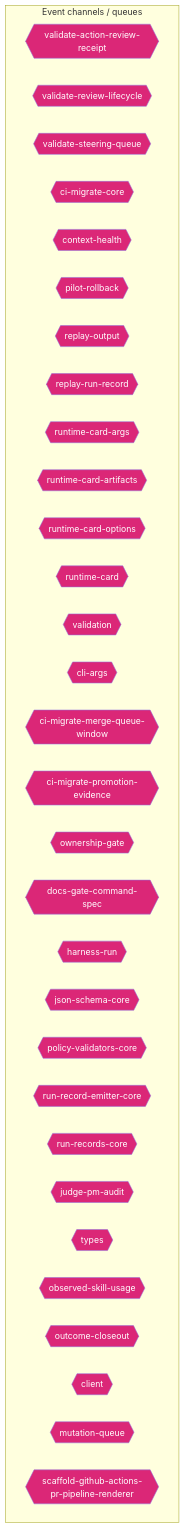
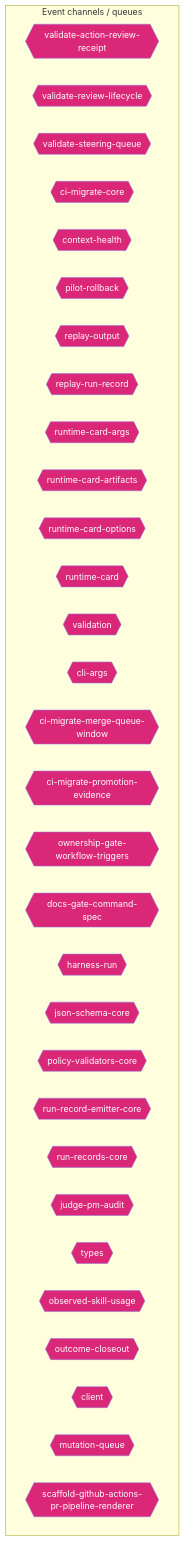
The ninth of 14 diagrams in AI/context/diagram-context.md (jscraik/coding-harness), drawn with Mermaid before and after one commit. The commit also changed other lines of this file and 34 other files, not shown here.

````diff
--- a/AI/context/diagram-context.md
+++ b/AI/context/diagram-context.md
@@ -1733,38 +1725,38 @@
 ```mermaid
 flowchart TD
   subgraph Channels["Event channels / queues"]
     validate_action_review_receipt_fa2f06c3{{"validate-action-review-receipt"}}
     validate_review_lifecycle_0b410d1e{{"validate-review-lifecycle"}}
     validate_steering_queue_4bc0cc94{{"validate-steering-queue"}}
     ci_migrate_core_7005b5af{{"ci-migrate-core"}}
     context_health_80bb7da9{{"context-health"}}
     pilot_rollback_00c1f82c{{"pilot-rollback"}}
     replay_output_993eda9e{{"replay-output"}}
     replay_run_record_9a08cce2{{"replay-run-record"}}
     runtime_card_args_2b3d4b28{{"runtime-card-args"}}
     runtime_card_artifacts_143b799c{{"runtime-card-artifacts"}}
     runtime_card_options_c9156ad5{{"runtime-card-options"}}
     runtime_card_e06b53e1{{"runtime-card"}}
     validation_98c41dcd{{"validation"}}
     cli_args_1_6144b055{{"cli-args"}}
     ci_migrate_merge_queue_window_0070bd6d{{"ci-migrate-merge-queue-window"}}
     ci_migrate_promotion_evidence_1a2dc527{{"ci-migrate-promotion-evidence"}}
-    ownership_gate_2e194d13{{"ownership-gate"}}
+    ownership_gate_workflow_triggers_b60d2eab{{"ownership-gate-workflow-triggers"}}
     docs_gate_command_spec_16795187{{"docs-gate-command-spec"}}
     harness_run_c0761792{{"harness-run"}}
     json_schema_core_96d7e328{{"json-schema-core"}}
     policy_validators_core_714a3fe7{{"policy-validators-core"}}
     run_record_emitter_core_688049d5{{"run-record-emitter-core"}}
     run_records_core_89286dfa{{"run-records-core"}}
     judge_pm_audit_ccd20b35{{"judge-pm-audit"}}
     types_11_4be3ee64{{"types"}}
     observed_skill_usage_ed7d5930{{"observed-skill-usage"}}
     outcome_closeout_ba497ec2{{"outcome-closeout"}}
     client_948fe603{{"client"}}
     mutation_queue_ce5a530e{{"mutation-queue"}}
     scaffold_github_actions_pr_pipeline_renderer_1ee18de5{{"scaffold-github-actions-pr-pipeline-renderer"}}
   end
   classDef eventNode fill:#db2777,color:#fff
-  class validate_action_review_receipt_fa2f06c3,validate_review_lifecycle_0b410d1e,validate_steering_queue_4bc0cc94,ci_migrate_core_7005b5af,context_health_80bb7da9,pilot_rollback_00c1f82c,replay_output_993eda9e,replay_run_record_9a08cce2,runtime_card_args_2b3d4b28,runtime_card_artifacts_143b799c,runtime_card_options_c9156ad5,runtime_card_e06b53e1,validation_98c41dcd,cli_args_1_6144b055,ci_migrate_merge_queue_window_0070bd6d,ci_migrate_promotion_evidence_1a2dc527,ownership_gate_2e194d13,docs_gate_command_spec_16795187,harness_run_c0761792,json_schema_core_96d7e328,policy_validators_core_714a3fe7,run_record_emitter_core_688049d5,run_records_core_89286dfa,judge_pm_audit_ccd20b35,types_11_4be3ee64,observed_skill_usage_ed7d5930,outcome_closeout_ba497ec2,client_948fe603,mutation_queue_ce5a530e,scaffold_github_actions_pr_pipeline_renderer_1ee18de5 eventNode
+  class validate_action_review_receipt_fa2f06c3,validate_review_lifecycle_0b410d1e,validate_steering_queue_4bc0cc94,ci_migrate_core_7005b5af,context_health_80bb7da9,pilot_rollback_00c1f82c,replay_output_993eda9e,replay_run_record_9a08cce2,runtime_card_args_2b3d4b28,runtime_card_artifacts_143b799c,runtime_card_options_c9156ad5,runtime_card_e06b53e1,validation_98c41dcd,cli_args_1_6144b055,ci_migrate_merge_queue_window_0070bd6d,ci_migrate_promotion_evidence_1a2dc527,ownership_gate_workflow_triggers_b60d2eab,docs_gate_command_spec_16795187,harness_run_c0761792,json_schema_core_96d7e328,policy_validators_core_714a3fe7,run_record_emitter_core_688049d5,run_records_core_89286dfa,judge_pm_audit_ccd20b35,types_11_4be3ee64,observed_skill_usage_ed7d5930,outcome_closeout_ba497ec2,client_948fe603,mutation_queue_ce5a530e,scaffold_github_actions_pr_pipeline_renderer_1ee18de5 eventNode
 
 ```
````
